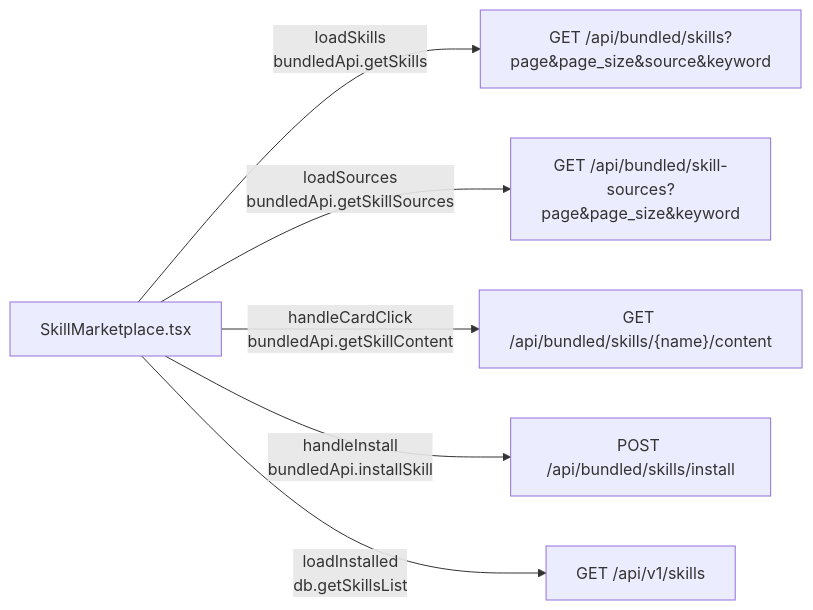
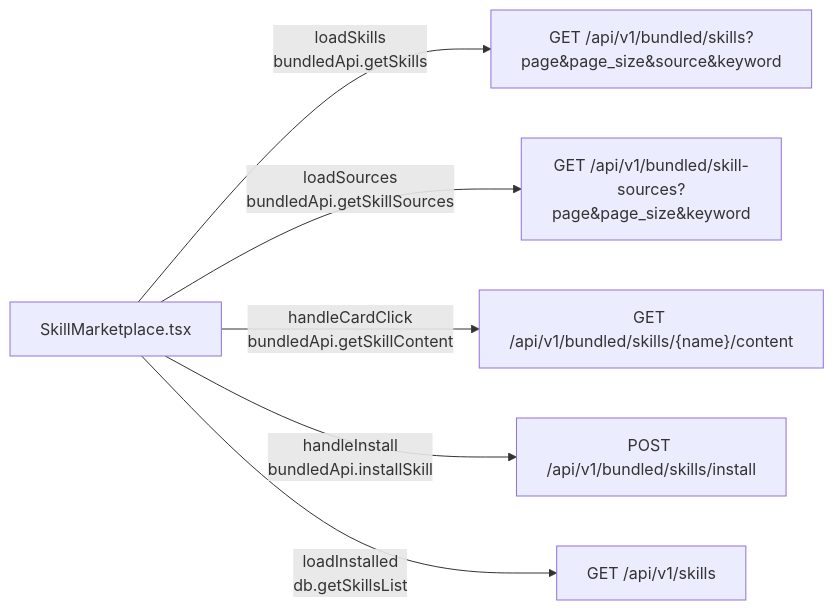
One commit to weibaohui/ntd changed the first of 4 diagrams in frontend/src/help/pages/skills-marketplace.md. Above: the diagram before and after it, drawn with Mermaid. The commit also changed other lines of this file and 14 other files, not shown here.

````diff
--- a/frontend/src/help/pages/skills-marketplace.md
+++ b/frontend/src/help/pages/skills-marketplace.md
@@ -8,8 +8,8 @@
 ```mermaid
 flowchart LR
-  SkillMarketplace["SkillMarketplace.tsx"] -->|"loadSkills<br>bundledApi.getSkills"| API1["GET /api/bundled/skills?page&page_size&source&keyword"]
-  SkillMarketplace -->|"loadSources<br>bundledApi.getSkillSources"| API2["GET /api/bundled/skill-sources?page&page_size&keyword"]
-  SkillMarketplace -->|"handleCardClick<br>bundledApi.getSkillContent"| API3["GET /api/bundled/skills/{name}/content"]
-  SkillMarketplace -->|"handleInstall<br>bundledApi.installSkill"| API4["POST /api/bundled/skills/install"]
+  SkillMarketplace["SkillMarketplace.tsx"] -->|"loadSkills<br>bundledApi.getSkills"| API1["GET /api/v1/bundled/skills?page&page_size&source&keyword"]
+  SkillMarketplace -->|"loadSources<br>bundledApi.getSkillSources"| API2["GET /api/v1/bundled/skill-sources?page&page_size&keyword"]
+  SkillMarketplace -->|"handleCardClick<br>bundledApi.getSkillContent"| API3["GET /api/v1/bundled/skills/{name}/content"]
+  SkillMarketplace -->|"handleInstall<br>bundledApi.installSkill"| API4["POST /api/v1/bundled/skills/install"]
   SkillMarketplace -->|"loadInstalled<br>db.getSkillsList"| API5["GET /api/v1/skills"]
 ```
````
